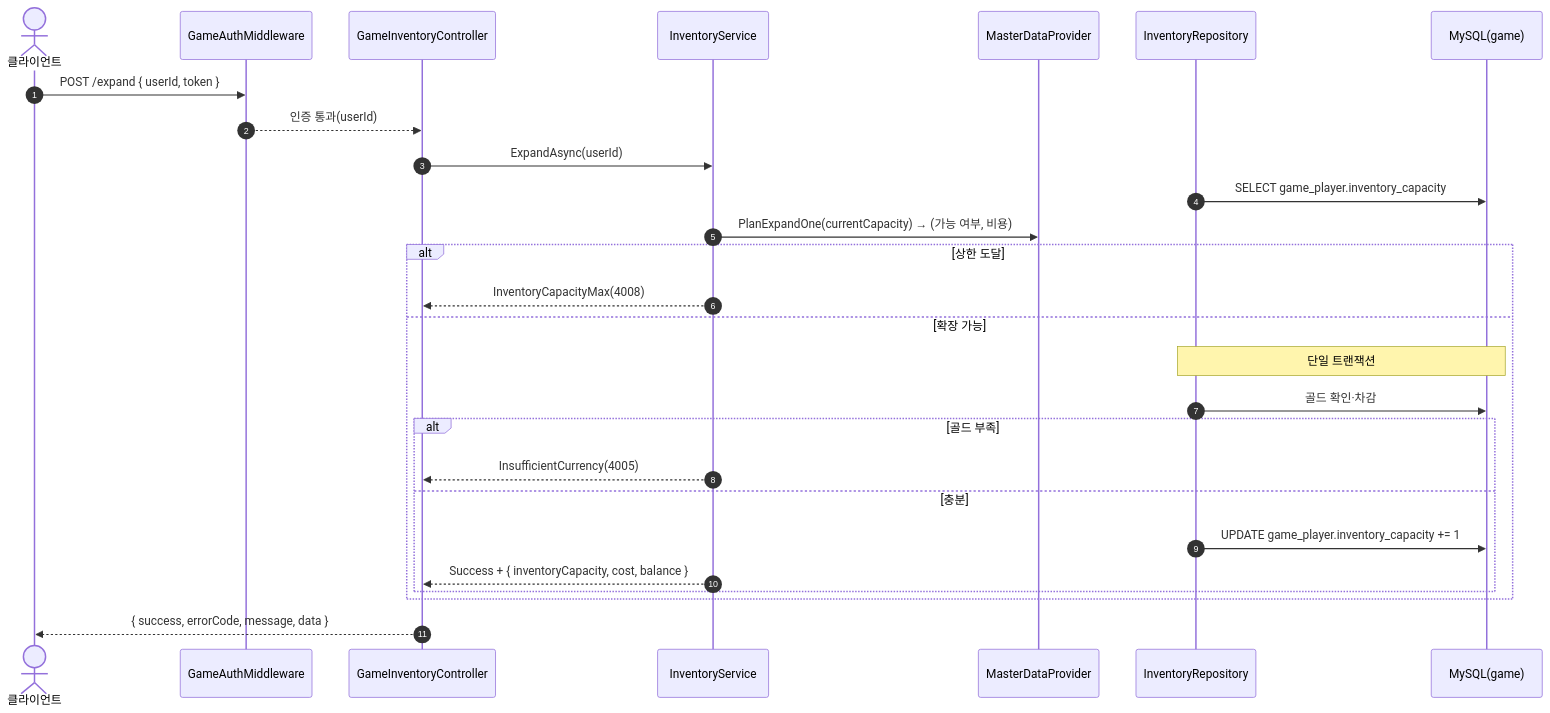
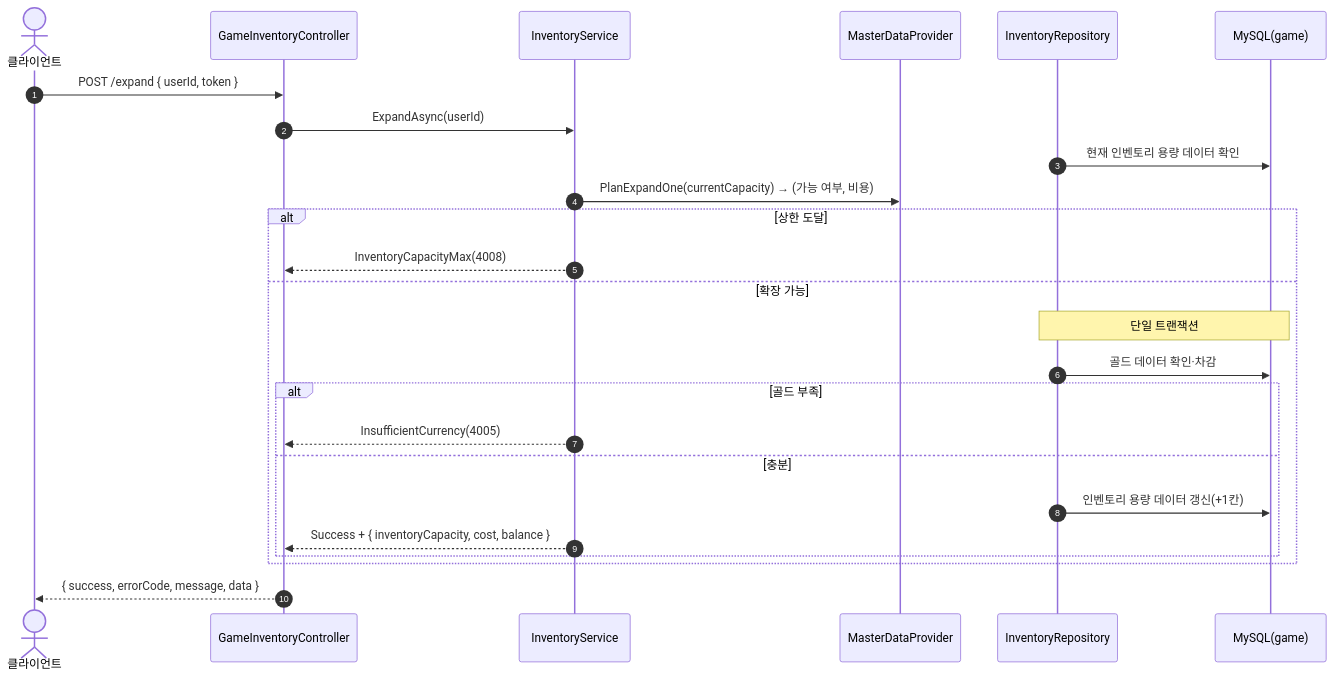
Before and after one commit to ks-wook/com2us-taskbar-hero: the fourth of 4 diagrams in SequenceDiagram/GameInventoryController.md, drawn with Mermaid. The commit also changed other lines of this file and 7 other files, not shown here.

Commit message:
시퀀스 다이어그램 수정

````diff
--- a/SequenceDiagram/GameInventoryController.md
+++ b/SequenceDiagram/GameInventoryController.md
@@ -89,30 +83,28 @@
 ```mermaid
 sequenceDiagram
     autonumber
     actor C as 클라이언트
-    participant MW as GameAuthMiddleware
     participant Ctrl as GameInventoryController
     participant Svc as InventoryService
     participant MD as MasterDataProvider
     participant Repo as InventoryRepository
     participant DB as MySQL(game)
 
-    C->>MW: POST /expand { userId, token }
-    MW-->>Ctrl: 인증 통과(userId)
+    C->>Ctrl: POST /expand { userId, token }
     Ctrl->>Svc: ExpandAsync(userId)
-    Repo->>DB: SELECT game_player.inventory_capacity
+    Repo->>DB: 현재 인벤토리 용량 데이터 확인
     Svc->>MD: PlanExpandOne(currentCapacity) → (가능 여부, 비용)
     alt 상한 도달
         Svc-->>Ctrl: InventoryCapacityMax(4008)
     else 확장 가능
         Note over Repo,DB: 단일 트랜잭션
-        Repo->>DB: 골드 확인·차감
+        Repo->>DB: 골드 데이터 확인·차감
         alt 골드 부족
             Svc-->>Ctrl: InsufficientCurrency(4005)
         else 충분
-            Repo->>DB: UPDATE game_player.inventory_capacity += 1
+            Repo->>DB: 인벤토리 용량 데이터 갱신(+1칸)
             Svc-->>Ctrl: Success + { inventoryCapacity, cost, balance }
         end
     end
     Ctrl-->>C: { success, errorCode, message, data }
 ```
````
